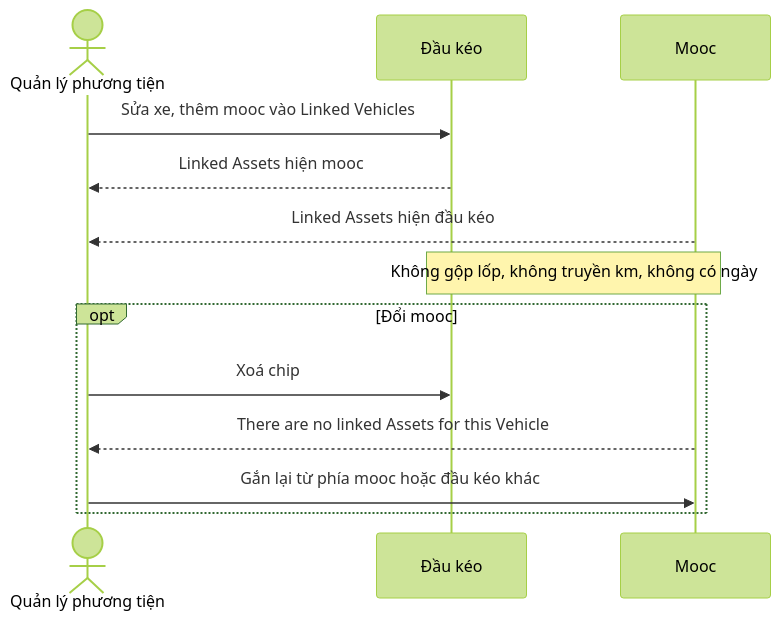
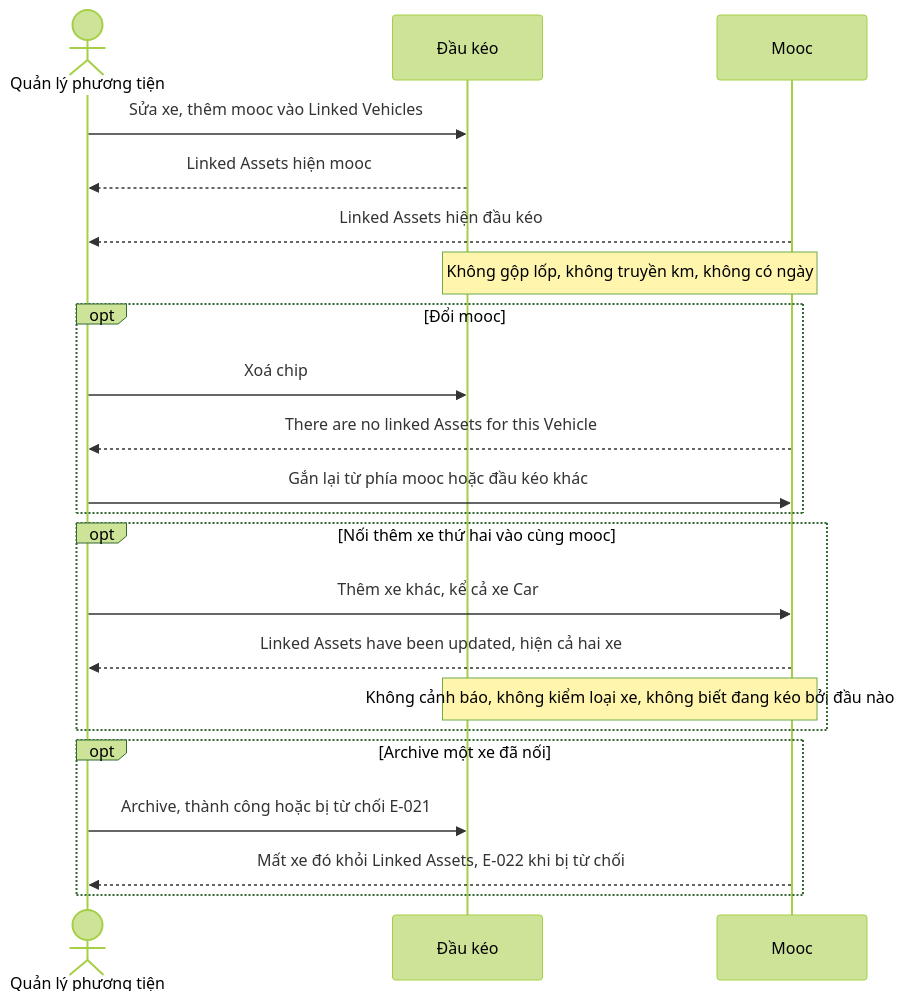
The sixth of 16 diagrams in docs/_research/fleetio/srs/fleetio-vehicle-flows.md (szitphan/invlogis), drawn with Mermaid (forest theme) before and after one commit. The commit also changed other lines of this file and 113 other files, not shown here.

````diff
--- a/docs/_research/fleetio/srs/fleetio-vehicle-flows.md
+++ b/docs/_research/fleetio/srs/fleetio-vehicle-flows.md
@@ -124,15 +131,24 @@
 ```mermaid
 sequenceDiagram
     actor M as Quản lý phương tiện
     participant D as Đầu kéo
     participant T as Mooc
     M->>D: Sửa xe, thêm mooc vào Linked Vehicles
     D-->>M: Linked Assets hiện mooc
     T-->>M: Linked Assets hiện đầu kéo
     Note over D,T: Không gộp lốp, không truyền km, không có ngày
     opt Đổi mooc
         M->>D: Xoá chip
         T-->>M: There are no linked Assets for this Vehicle
         M->>T: Gắn lại từ phía mooc hoặc đầu kéo khác
     end
+    opt Nối thêm xe thứ hai vào cùng mooc
+        M->>T: Thêm xe khác, kể cả xe Car
+        T-->>M: Linked Assets have been updated, hiện cả hai xe
+        Note over D,T: Không cảnh báo, không kiểm loại xe, không biết đang kéo bởi đầu nào
+    end
+    opt Archive một xe đã nối
+        M->>D: Archive, thành công hoặc bị từ chối E-021
+        T-->>M: Mất xe đó khỏi Linked Assets, E-022 khi bị từ chối
+    end
 ```
````
